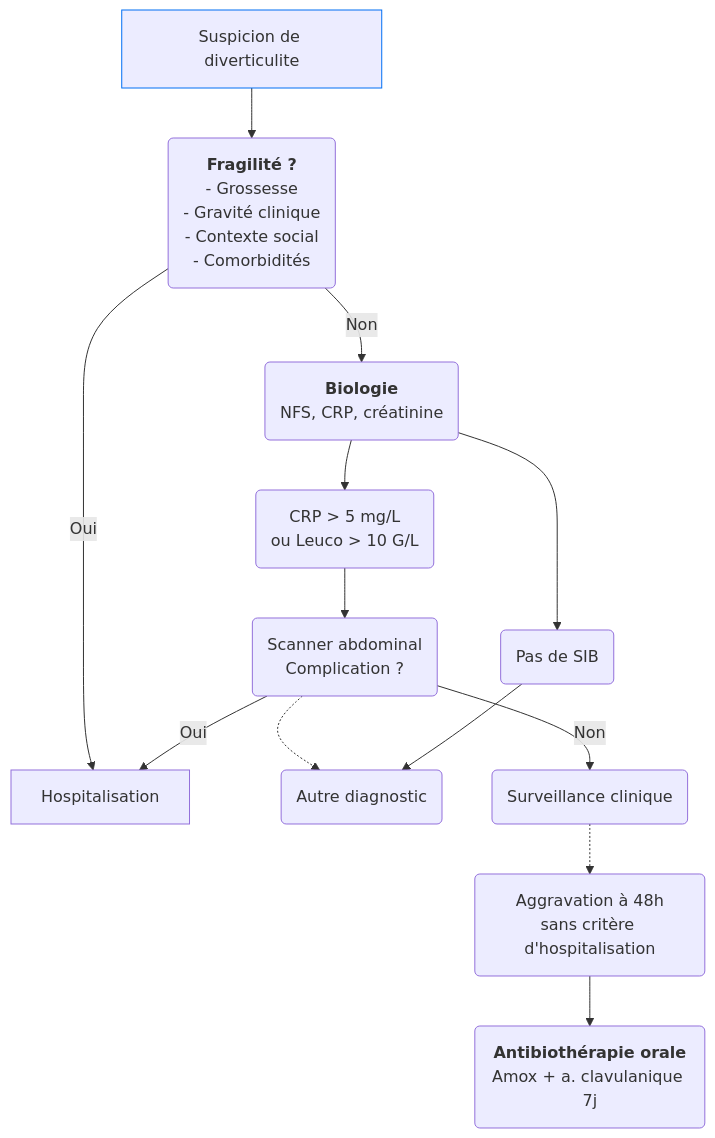
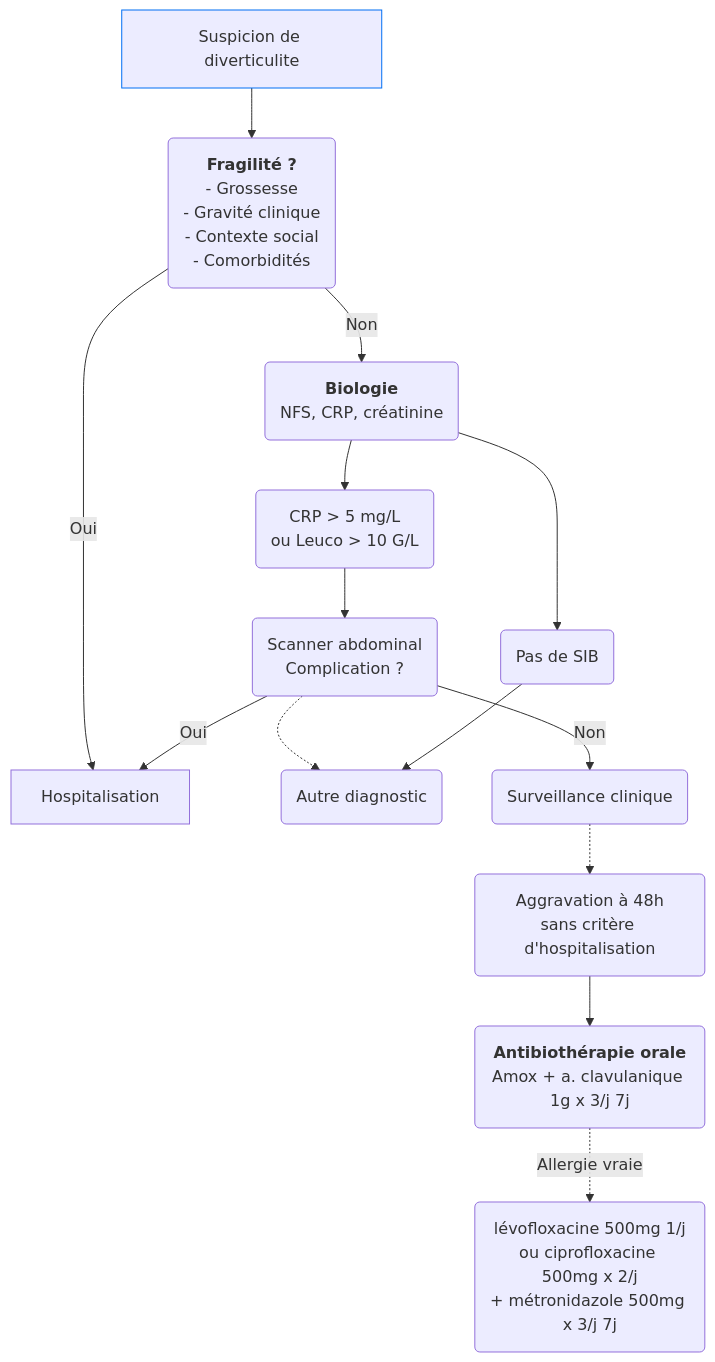
The diagram in content/recommandations/diverticulite-sigmoidienne.md (djibe/recommandations-medicales), drawn with Mermaid before and after one commit. The commit also changed other lines of this file and 18 other files, not shown here.

```diff
--- a/content/recommandations/diverticulite-sigmoidienne.md
+++ b/content/recommandations/diverticulite-sigmoidienne.md
@@ -139,15 +139,15 @@
 {{< mermaid title="Conduite à tenir devant une suspicion de diverticulite sigmoïdienne. Dr JB FRON d'après HAS 2017" >}}
 graph TB
   diverticulite[Suspicion de diverticulite]
   style diverticulite stroke:#006ef4, stroke-width: 1px
     diverticulite --> gravite("<b>Fragilité ?</b><br>- Grossesse<br>- Gravité clinique<br>- Contexte social<br>- Comorbidités")
       gravite -- Oui --> Hospitalisation
       gravite -- Non --> bio("<b>Biologie</b><br>NFS, CRP, créatinine")
         bio --> SIB+(CRP &gt; 5 mg/L<br>ou Leuco &gt; 10 G/L)
           SIB+ --> scanner(Scanner abdominal<br>Complication ?)
             scanner -.-> autre
             scanner -- Oui --> Hospitalisation
             scanner -- Non --> med(Surveillance clinique)
-              med -.-> echec("Aggravation à 48h<br>sans critère d'hospitalisation") --> atb("<b>Antibiothérapie orale</b><br>Amox + a. clavulanique 7j")
+              med -.-> echec("Aggravation à 48h<br>sans critère d'hospitalisation") --> atb("<b>Antibiothérapie orale</b><br>Amox + a. clavulanique 1g x 3/j 7j<br>") -. Allergie vraie .-> allergie("lévofloxacine 500mg 1/j<br>ou ciprofloxacine 500mg x 2/j<br>+ métronidazole 500mg x 3/j 7j")
         bio --> SIB-(Pas de SIB) --> autre(Autre diagnostic)
 {{< /mermaid >}}
```
